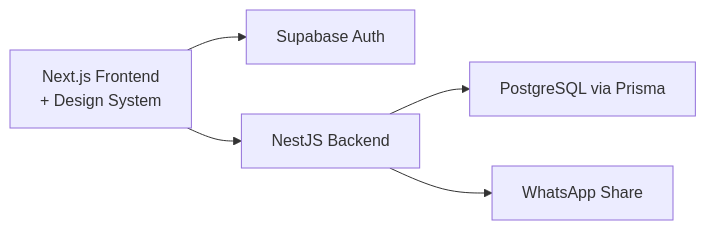
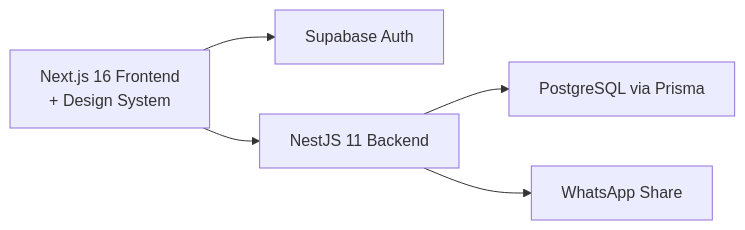
Before and after one commit to epo33m/scheduling: the eighth of 8 diagrams in .qoder/repowiki/en/content/Technical Architecture/Technical Architecture.md, drawn with Mermaid. The commit also changed other lines of this file and 50 other files, not shown here.

````diff
--- a/.qoder/repowiki/en/content/Technical Architecture/Technical Architecture.md
+++ b/.qoder/repowiki/en/content/Technical Architecture/Technical Architecture.md
@@ -374,7 +364,7 @@
 ```mermaid
 graph LR
-Frontend["Next.js Frontend<br/>+ Design System"] --> Auth["Supabase Auth"]
-Frontend --> Backend["NestJS Backend"]
+Frontend["Next.js 16 Frontend<br/>+ Design System"] --> Auth["Supabase Auth"]
+Frontend --> Backend["NestJS 11 Backend"]
 Backend --> DB["PostgreSQL via Prisma"]
 Backend --> WhatsApp["WhatsApp Share"]
 ```
````
